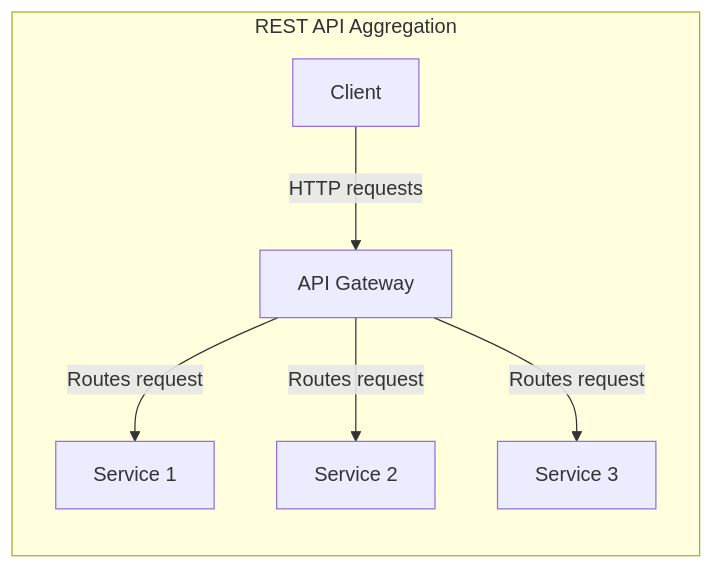
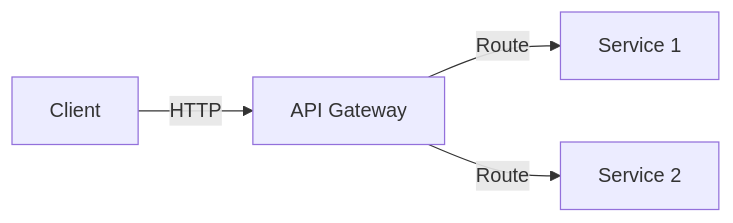
One commit to danielfoord/graphql-vs-rest changed the first of 2 diagrams in slides.md. Above: the diagram before and after it, drawn with Mermaid. The commit also changed other lines of this file and 1 other file, not shown here.

```diff
--- a/slides.md
+++ b/slides.md
@@ -402,9 +296,6 @@
 <div class="mermaid">
   graph LR
-   subgraph REST [REST API Aggregation]
-        A[Client] -->|HTTP requests| B[API Gateway]
-        B -->|Routes request| C[Service 1]
-        B -->|Routes request| D[Service 2]
-        B -->|Routes request| E[Service 3]
-    end
+    A[Client] -->|HTTP| B[API Gateway]
+    B -->|Route| C[Service 1]
+    B -->|Route| D[Service 2]
 </div>
```
